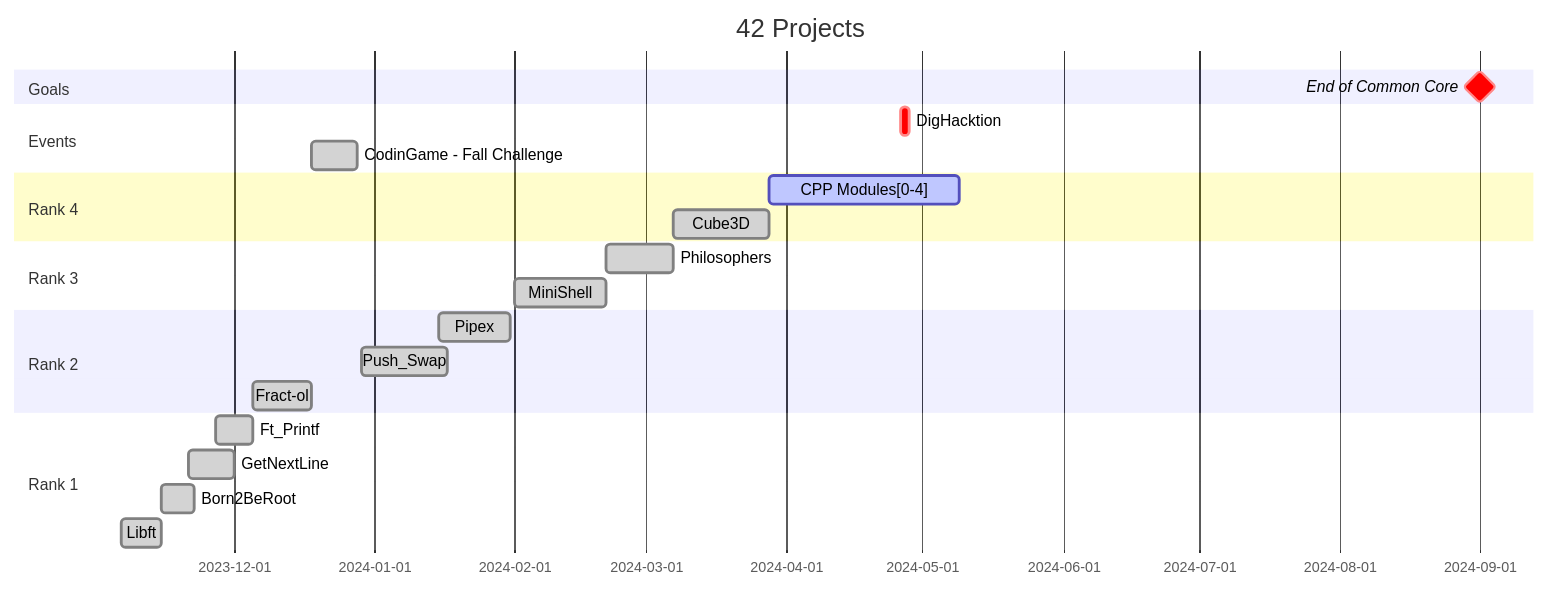
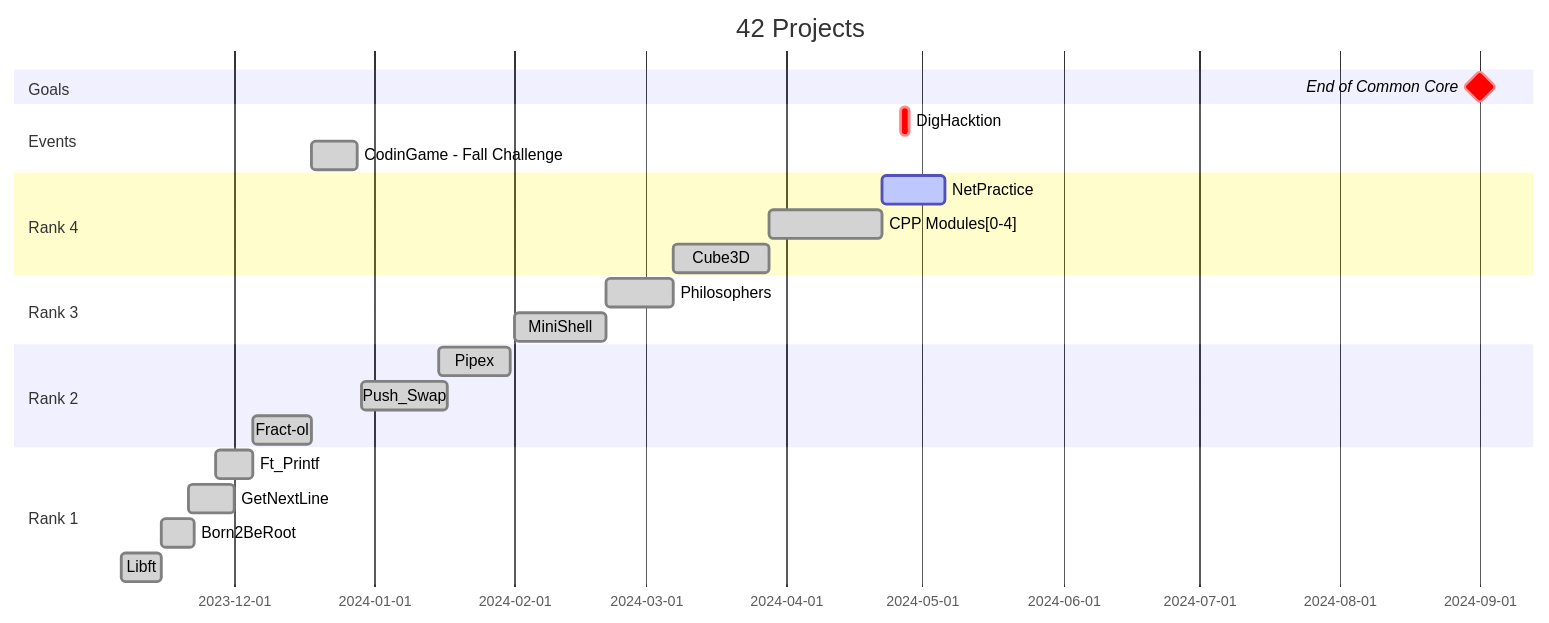
Before and after one commit to Tablerase/42_Projects: the diagram in README.md, drawn with Mermaid.

Commit message:
add cpp part 1 end date

````diff
--- a/README.md
+++ b/README.md
@@ -62,31 +62,32 @@
 ```mermaid
 gantt
     title 42 Projects
     dateFormat  YYYY-MM-DD
 
     section Goals
     End of Common Core : milestone, crit, m1, 2024-09-01, 1m
 
     section Events
     DigHacktion :crit, 2024-04-26, 2024-04-28
     CodinGame - Fall Challenge :done, 2023-12-18, 2023-12-28
 
     section Rank 4
-    CPP Modules[0-4] :active, 2024-03-28, 6w
+    NetPractice : active, 2024-04-22, 2w
+    CPP Modules[0-4] : done, 2024-03-28, 2024-04-22
     Cube3D :done, 2024-03-07, 2024-03-28
   
     section Rank 3
     Philosophers :done, 2024-02-21, 2024-03-07
     MiniShell :done, 2024-02-01, 2024-02-21
 
     section Rank 2
     Pipex :done, 2024-01-15, 2024-01-31
     Push_Swap :done, 2023-12-29, 2024-01-17
     Fract-ol :done, 2023-12-05, 2023-12-18
 
     section Rank 1
     Ft_Printf :done, 2023-11-27, 2023-12-05
     GetNextLine :done, 2023-11-21, 2023-12-01
     Born2BeRoot :done, 2023-11-15, 2023-11-22
     Libft :done, 2023-11-06, 2023-11-15
 ```
````
